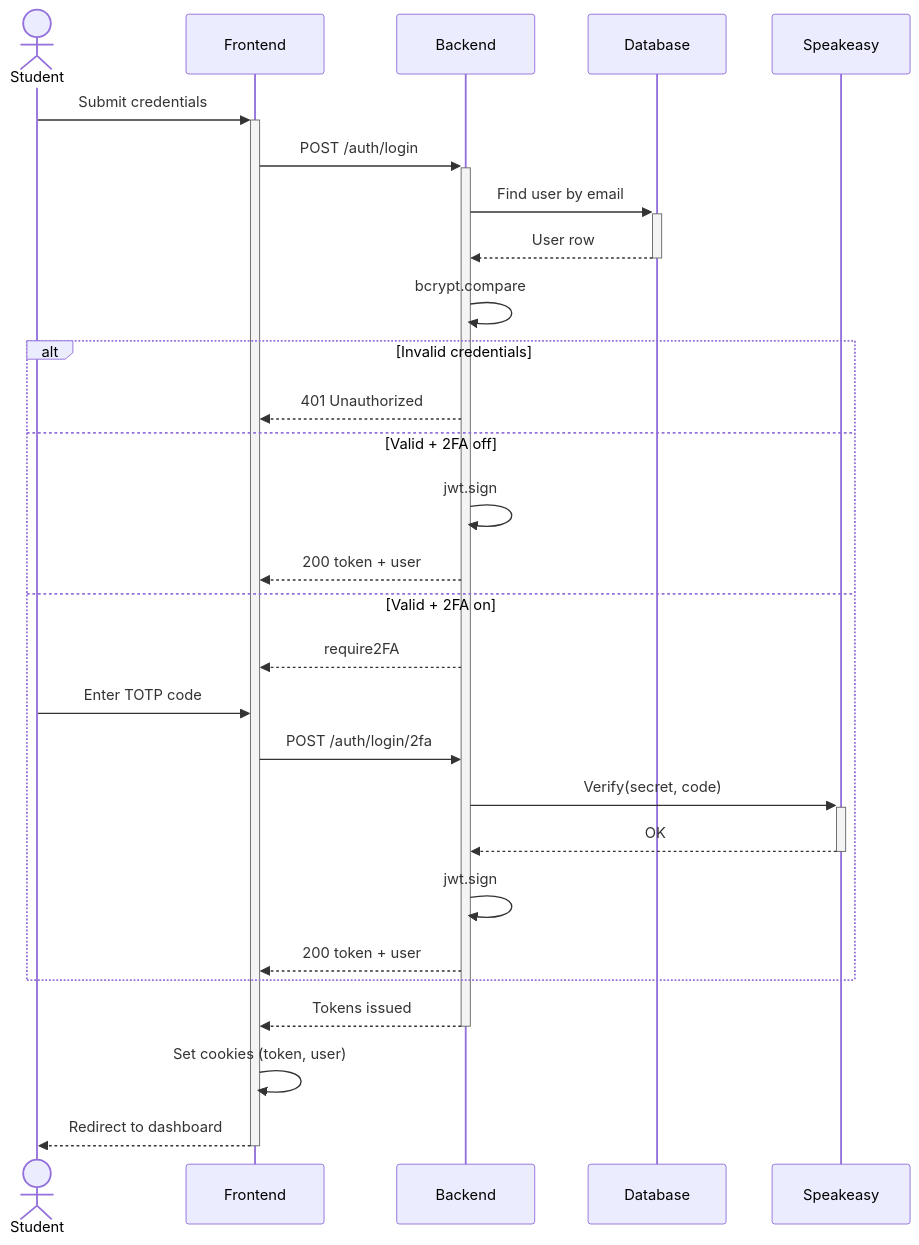
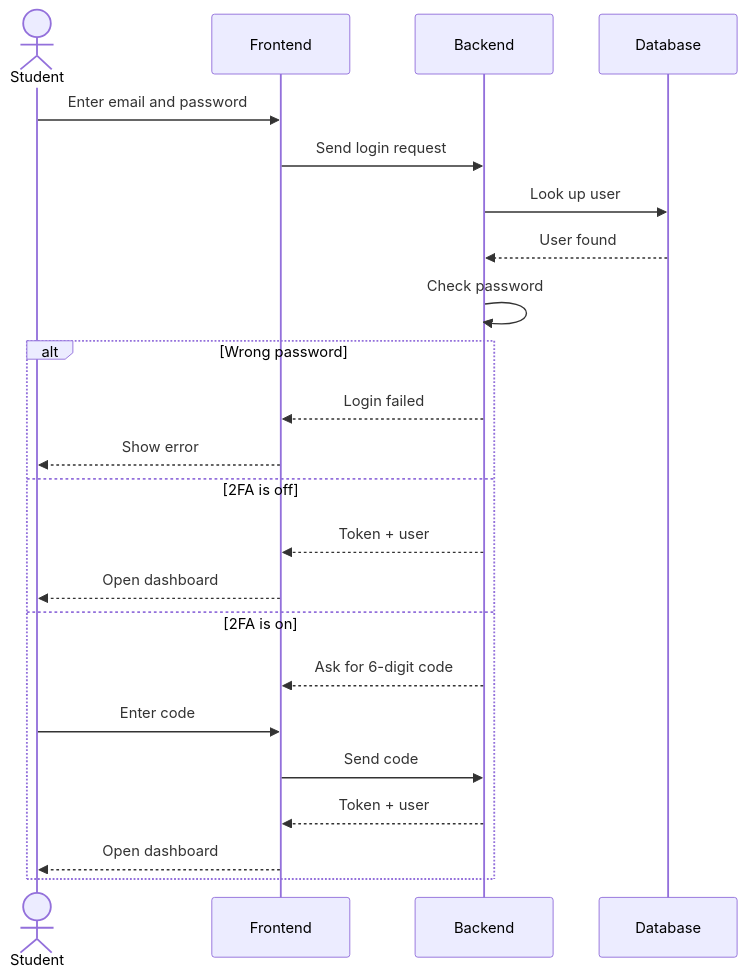
Before and after one commit to MaizaAymen/OmniLearn: the fourth of 11 diagrams in docs/05_chapitre3_sprint1.md, drawn with Mermaid.

````diff
--- a/docs/05_chapitre3_sprint1.md
+++ b/docs/05_chapitre3_sprint1.md
@@ -185,33 +185,27 @@
 ```mermaid
 sequenceDiagram
     actor Student
     participant FE as Frontend
     participant API as Backend
     participant DB as Database
-    participant TOTP as Speakeasy
 
-    Student->>+FE: Submit credentials
-    FE->>+API: POST /auth/login
-    API->>+DB: Find user by email
-    DB-->>-API: User row
-    API->>API: bcrypt.compare
+    Student->>FE: Enter email and password
+    FE->>API: Send login request
+    API->>DB: Look up user
+    DB-->>API: User found
+    API->>API: Check password
 
-    alt Invalid credentials
-        API-->>FE: 401 Unauthorized
-    else Valid + 2FA off
-        API->>API: jwt.sign
-        API-->>FE: 200 token + user
-    else Valid + 2FA on
-        API-->>FE: require2FA
-        Student->>FE: Enter TOTP code
-        FE->>API: POST /auth/login/2fa
-        API->>+TOTP: Verify(secret, code)
-        TOTP-->>-API: OK
-        API->>API: jwt.sign
-        API-->>FE: 200 token + user
+    alt Wrong password
+        API-->>FE: Login failed
+        FE-->>Student: Show error
+    else 2FA is off
+        API-->>FE: Token + user
+        FE-->>Student: Open dashboard
+    else 2FA is on
+        API-->>FE: Ask for 6-digit code
+        Student->>FE: Enter code
+        FE->>API: Send code
+        API-->>FE: Token + user
+        FE-->>Student: Open dashboard
     end
-
-    API-->>-FE: Tokens issued
-    FE->>FE: Set cookies (token, user)
-    FE-->>-Student: Redirect to dashboard
 ```
````
